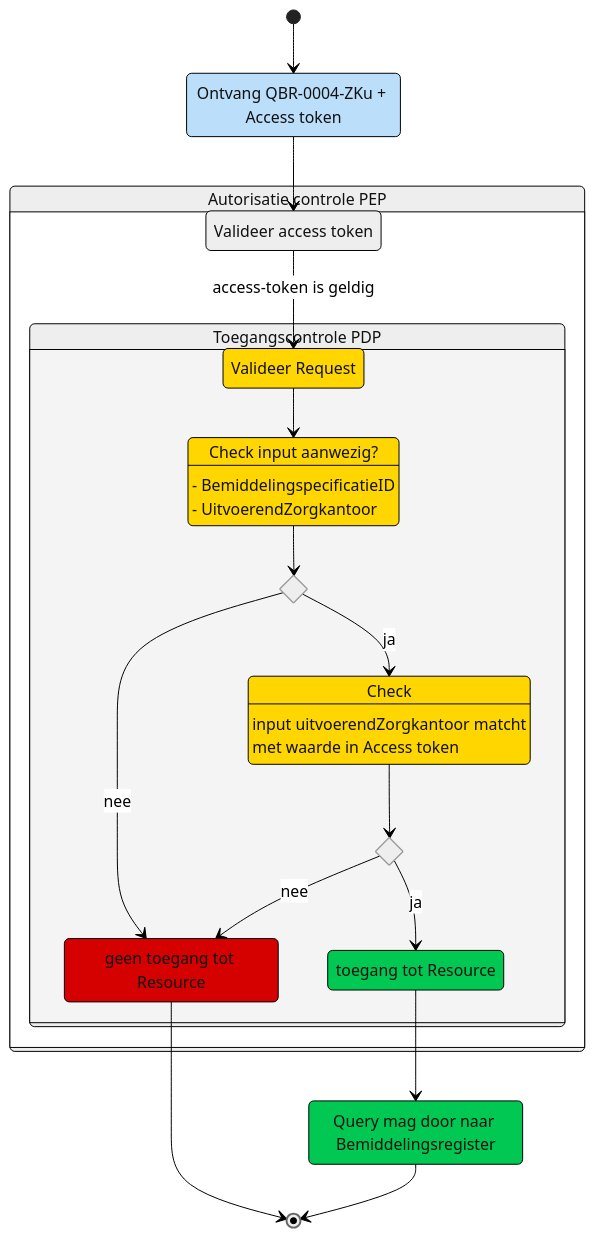
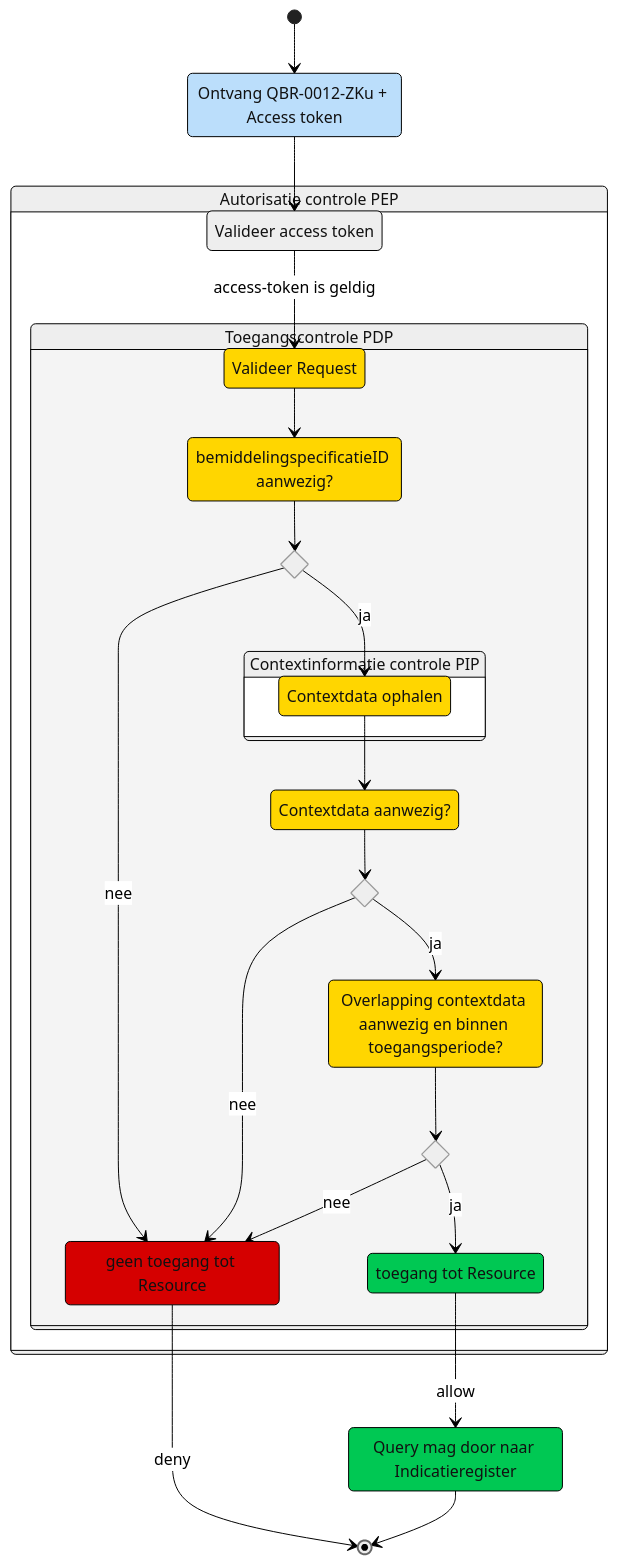
The diagram in raadplegen/zorgkantoor/UCBR-0012-toegangscontrole.md (iStandaarden/iWlz-bemiddeling), drawn with Mermaid before and after one commit. The commit also changed other lines of this file and 1 other file, not shown here.

````diff
--- a/raadplegen/zorgkantoor/UCBR-0012-toegangscontrole.md
+++ b/raadplegen/zorgkantoor/UCBR-0012-toegangscontrole.md
@@ -52,57 +111,64 @@
 ```mermaid
 ---
 config:
   theme: neutral
   look: classic
 ---
 stateDiagram
   direction TB
   [*] -->  indienen
   indienen --> validerenT
   state PEP {
     direction TB
 
     validerenT --> validerenR: access-token is geldig
     state PDP {
     validerenR --> checkInput01
     state check01 <<choice>>
     checkInput01 --> check01
 
     check01 --> checkInput02:ja
     check01 --> error:nee
-        state check02 <<choice>>
-        checkInput02 --> check02
+    state PIP {
+        checkInput02 --> checkInput03
+        }
+    state check02 <<choice>>
+    state check03 <<choice>>
+    
+    checkInput03 --> check02
+        
         check02 --> error:nee
-        check02 --> access:ja
+        check02 --> checkOVerlap:ja           
+    checkOVerlap --> check03
+    check03 --> access:ja
+    check03 --> error:nee
+    checkInput03
     error
     access
     }
 
   }
 
-  error --> [*]
-  access --> resource
+  error --> [*]: deny
+  access --> resource: allow
   resource --> [*]
   
   PEP:Autorisatie controle PEP
   PDP:Toegangscontrole PDP
-  indienen: Ontvang QBR-0004-ZKu + Access token
+  PIP:Contextinformatie controle PIP
+  indienen: Ontvang QBR-0012-ZKu + Access token
   validerenT: Valideer access token
   validerenR: Valideer Request
-  checkInput01:Check input aanwezig?
-  checkInput01:- BemiddelingspecificatieID
-  checkInput01:- UitvoerendZorgkantoor
-  checkInput02:Check
-  checkInput02:input uitvoerendZorgkantoor matcht 
-  checkInput02:met waarde in Access token
+  checkInput01:bemiddelingspecificatieID aanwezig?
+  checkInput02:Contextdata ophalen
+  checkInput03:Contextdata aanwezig?
+  checkOVerlap:Overlapping contextdata aanwezig en binnen toegangsperiode?
   error:geen toegang tot Resource
 
   access:toegang tot Resource
-  resource: Query mag door naar Bemiddelingsregister
-  style validerenR,checkInput01,checkInput02 fill:#FFD600
-  style valideer2 fill:#C8E6C9
+  resource: Query mag door naar Indicatieregister
+  style validerenR,checkInput01,checkInput02,checkInput03,checkOVerlap fill:#FFD600
   style error fill:#D50000
   style access,Query,resource fill:#00C853
   style indienen fill:#BBDEFB,color:none
-
 ```
````
